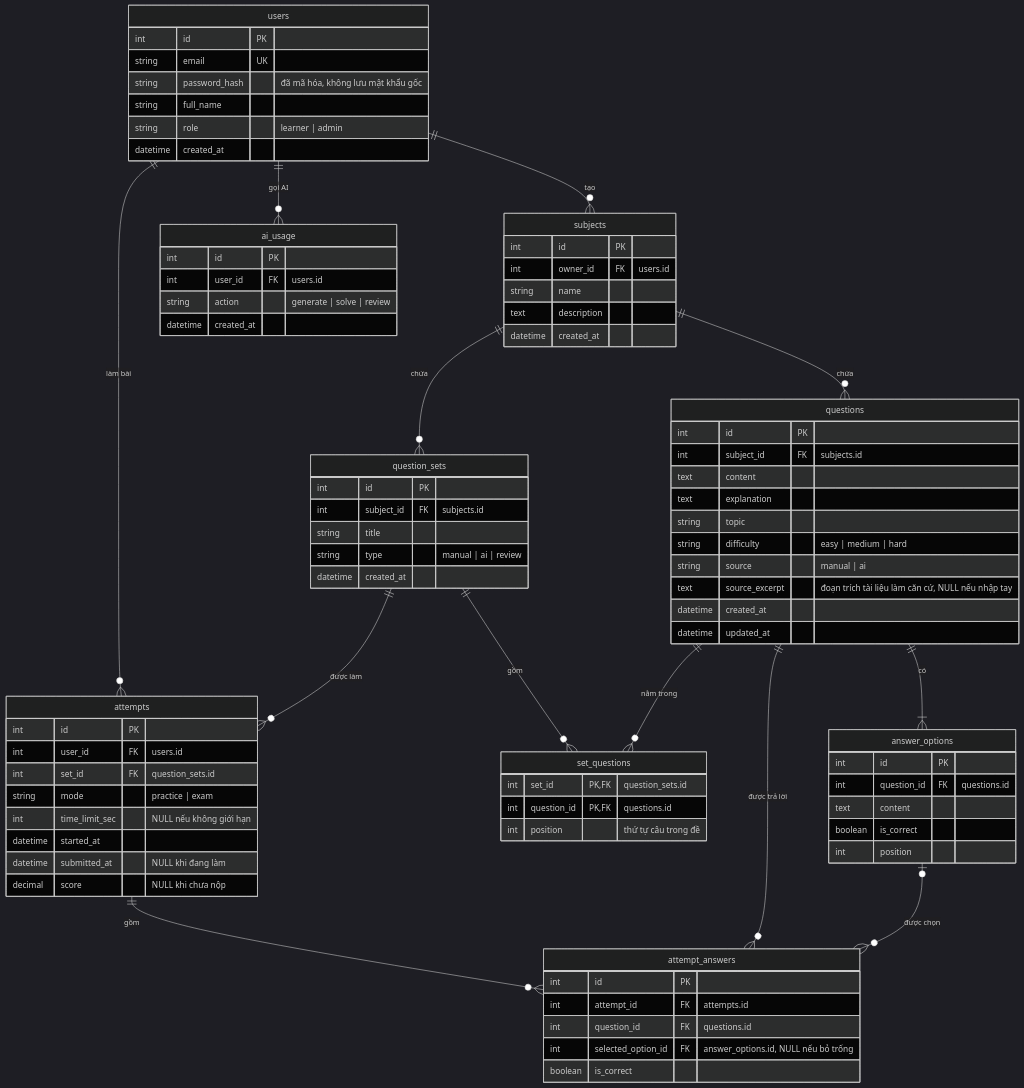
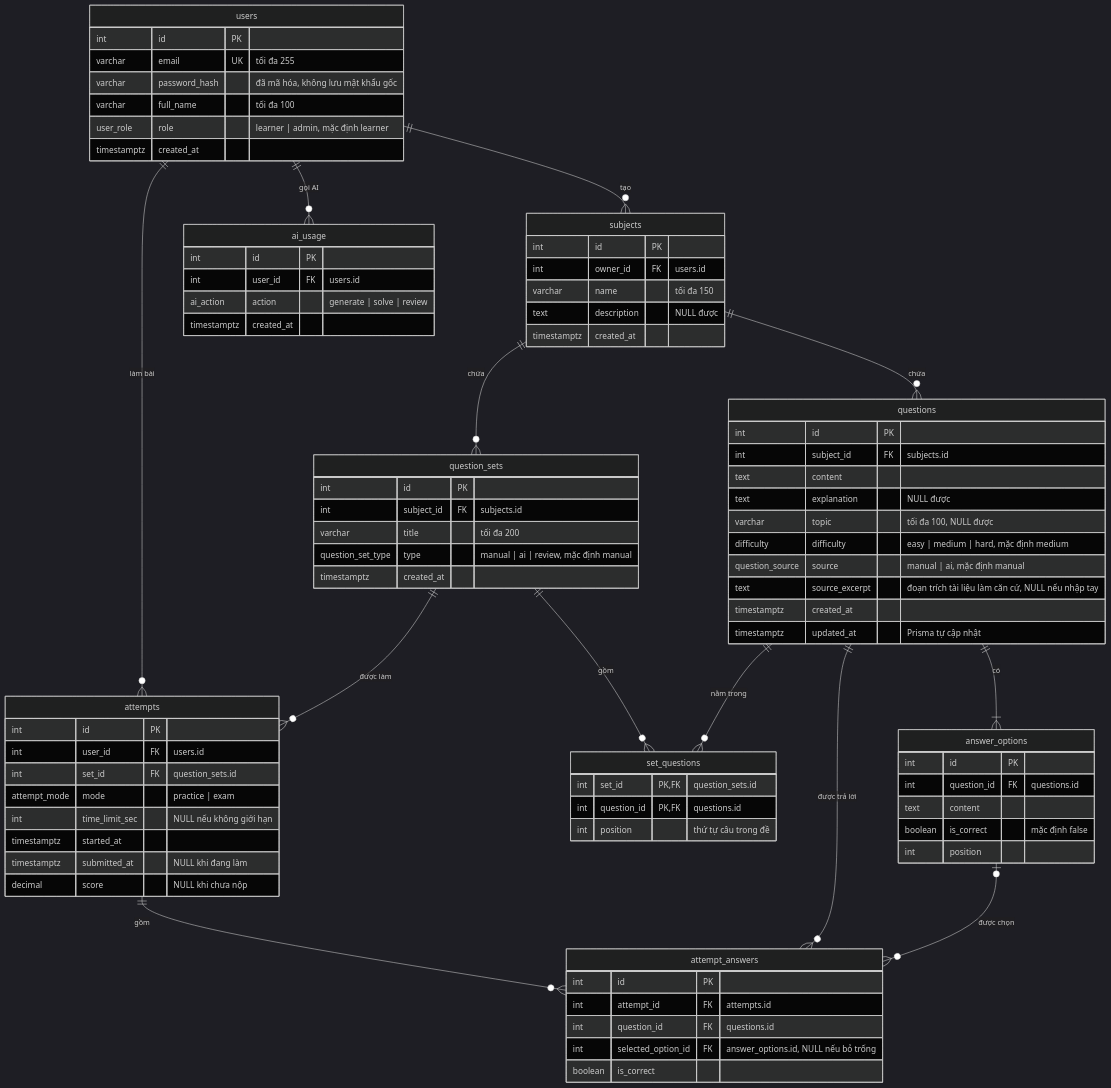
The diagram in docs/database.md (quocanh345/Group-23-L02-Web), drawn with Mermaid (dark theme) before and after one commit. The commit also changed other lines of this file, not shown here.

Commit message:
docs(db): cập nhật database.md cho khớp với Prisma schema

````diff
--- a/docs/database.md
+++ b/docs/database.md
@@ -22,37 +25,37 @@
 
     users {
         int id PK
-        string email UK
-        string password_hash "đã mã hóa, không lưu mật khẩu gốc"
-        string full_name
-        string role "learner | admin"
-        datetime created_at
+        varchar email UK "tối đa 255"
+        varchar password_hash "đã mã hóa, không lưu mật khẩu gốc"
+        varchar full_name "tối đa 100"
+        user_role role "learner | admin, mặc định learner"
+        timestamptz created_at
     }
     subjects {
         int id PK
         int owner_id FK "users.id"
-        string name
-        text description
-        datetime created_at
+        varchar name "tối đa 150"
+        text description "NULL được"
+        timestamptz created_at
     }
     question_sets {
         int id PK
         int subject_id FK "subjects.id"
-        string title
-        string type "manual | ai | review"
-        datetime created_at
+        varchar title "tối đa 200"
+        question_set_type type "manual | ai | review, mặc định manual"
+        timestamptz created_at
     }
     questions {
         int id PK
         int subject_id FK "subjects.id"
         text content
-        text explanation
-        string topic
-        string difficulty "easy | medium | hard"
-        string source "manual | ai"
+        text explanation "NULL được"
+        varchar topic "tối đa 100, NULL được"
+        difficulty difficulty "easy | medium | hard, mặc định medium"
+        question_source source "manual | ai, mặc định manual"
         text source_excerpt "đoạn trích tài liệu làm căn cứ, NULL nếu nhập tay"
-        datetime created_at
-        datetime updated_at
+        timestamptz created_at
+        timestamptz updated_at "Prisma tự cập nhật"
     }
     set_questions {
         int set_id PK, FK "question_sets.id"
@@ -63,17 +66,17 @@
         int id PK
         int question_id FK "questions.id"
         text content
-        boolean is_correct
+        boolean is_correct "mặc định false"
         int position
     }
     attempts {
         int id PK
         int user_id FK "users.id"
         int set_id FK "question_sets.id"
-        string mode "practice | exam"
+        attempt_mode mode "practice | exam"
         int time_limit_sec "NULL nếu không giới hạn"
-        datetime started_at
-        datetime submitted_at "NULL khi đang làm"
+        timestamptz started_at
+        timestamptz submitted_at "NULL khi đang làm"
         decimal score "NULL khi chưa nộp"
     }
     attempt_answers {
@@ -86,7 +89,7 @@
     ai_usage {
         int id PK
         int user_id FK "users.id"
-        string action "generate | solve | review"
-        datetime created_at
+        ai_action action "generate | solve | review"
+        timestamptz created_at
     }
 ```
````
